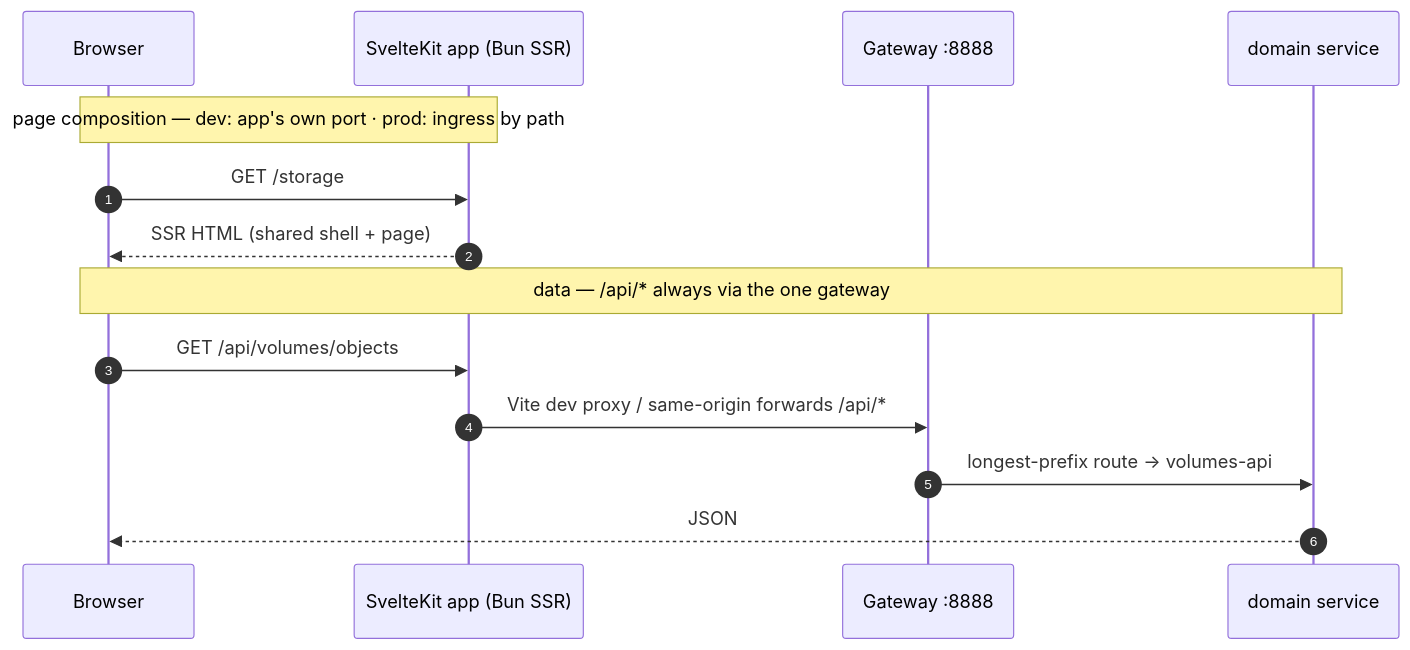
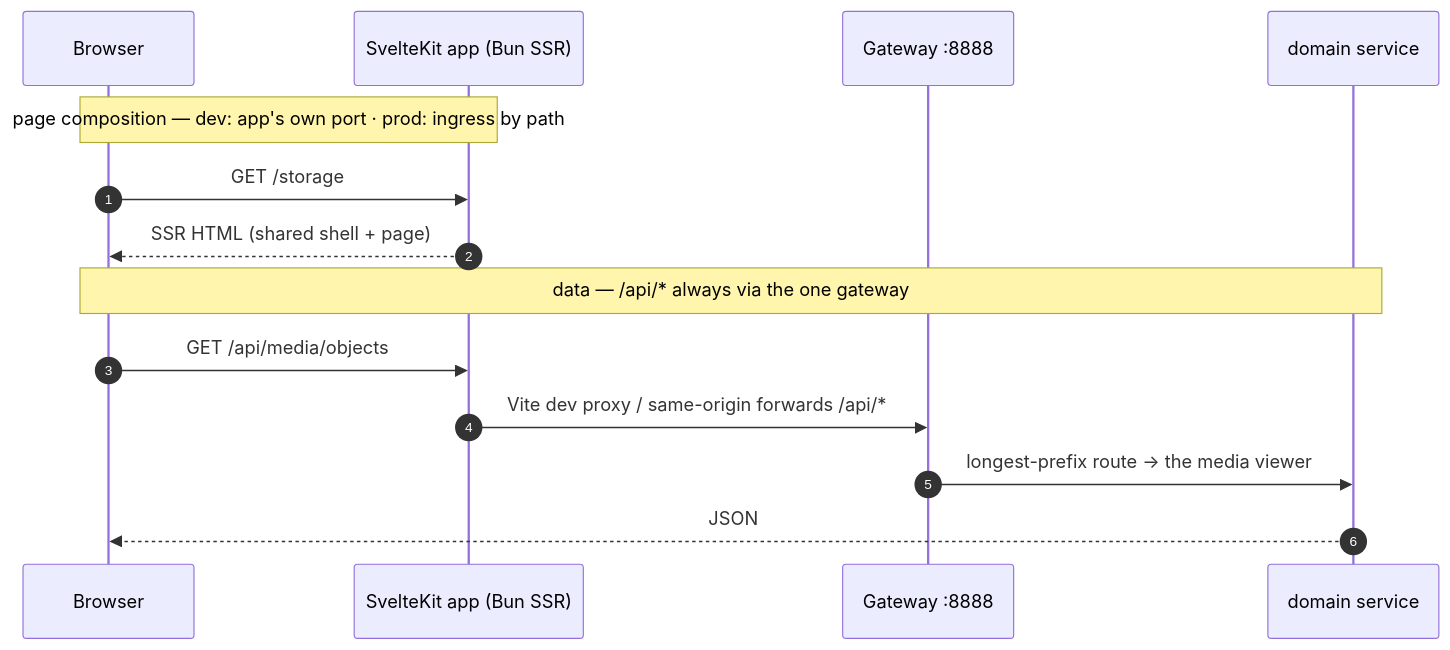
The fourth of 4 diagrams in docs/architecture/frontend-microfrontends.md (AI-Riksarkivet/rask), drawn with Mermaid before and after one commit. The commit also changed other lines of this file and 123 other files, not shown here.

````diff
--- a/docs/architecture/frontend-microfrontends.md
+++ b/docs/architecture/frontend-microfrontends.md
@@ -120,16 +120,16 @@
 ```mermaid
 sequenceDiagram
   autonumber
   participant B as Browser
   participant APP as SvelteKit app (Bun SSR)
   participant GW as Gateway :8888
   participant SVC as domain service
   Note over B,APP: page composition — dev: app's own port · prod: ingress by path
   B->>APP: GET /storage
   APP-->>B: SSR HTML (shared shell + page)
   Note over B,SVC: data — /api/* always via the one gateway
-  B->>APP: GET /api/volumes/objects
+  B->>APP: GET /api/media/objects
   APP->>GW: Vite dev proxy / same-origin forwards /api/*
-  GW->>SVC: longest-prefix route → volumes-api
+  GW->>SVC: longest-prefix route → the media viewer
   SVC-->>B: JSON
 ```
````
